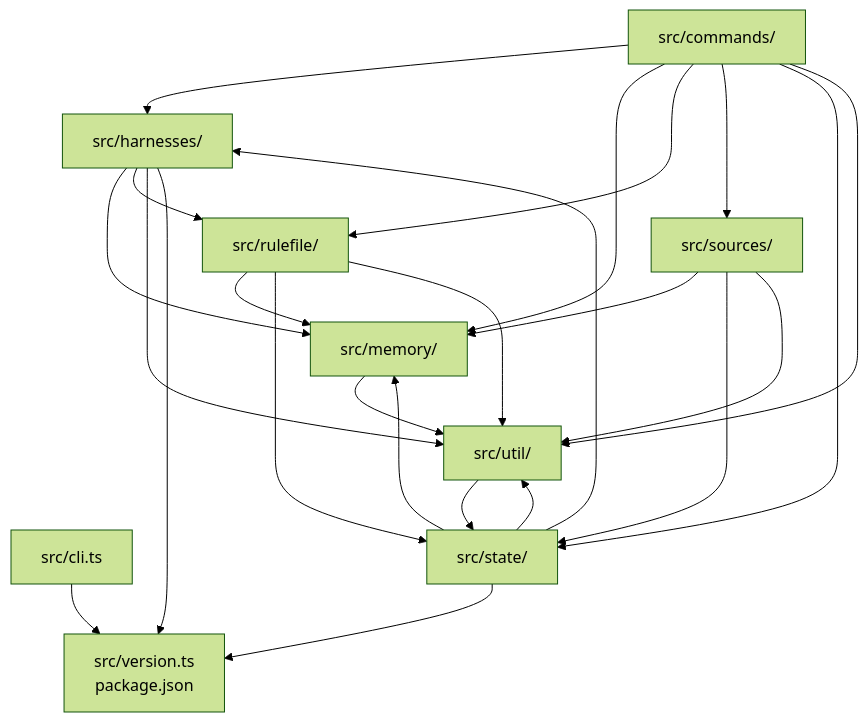
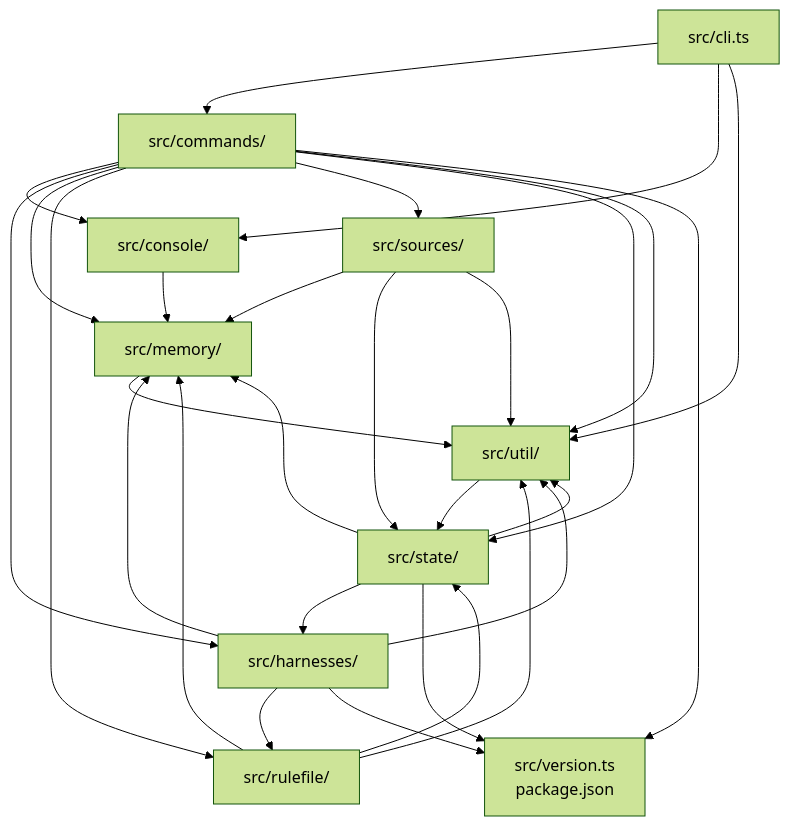
One commit to Vivswan/maxims changed the eighth of 8 diagrams in docs/architecture.md. Above: the diagram before and after it, drawn with Mermaid (forest theme). The commit also changed 37 other files, not shown here.

````diff
--- a/docs/architecture.md
+++ b/docs/architecture.md
@@ -288,35 +288,41 @@
 ```mermaid
 graph TD
   cli["src/cli.ts"]
   commands["src/commands/"]
+  console["src/console/"]
   harnesses["src/harnesses/"]
   rulefile["src/rulefile/"]
   sources["src/sources/"]
   state["src/state/"]
   memory["src/memory/"]
   util["src/util/"]
   version["src/version.ts<br>package.json"]
-  cli --> version
+  cli --> commands
+  cli --> console
+  cli --> util
+  commands --> console
   commands --> harnesses
   commands --> memory
   commands --> rulefile
   commands --> sources
   commands --> state
   commands --> util
+  commands --> version
+  console --> memory
   harnesses --> memory
   harnesses --> rulefile
   harnesses --> util
   harnesses --> version
   rulefile --> memory
   rulefile --> state
   rulefile --> util
   sources --> memory
   sources --> state
   sources --> util
   state --> harnesses
   state --> memory
   state --> util
   state --> version
   memory --> util
   util --> state
 ```
````
